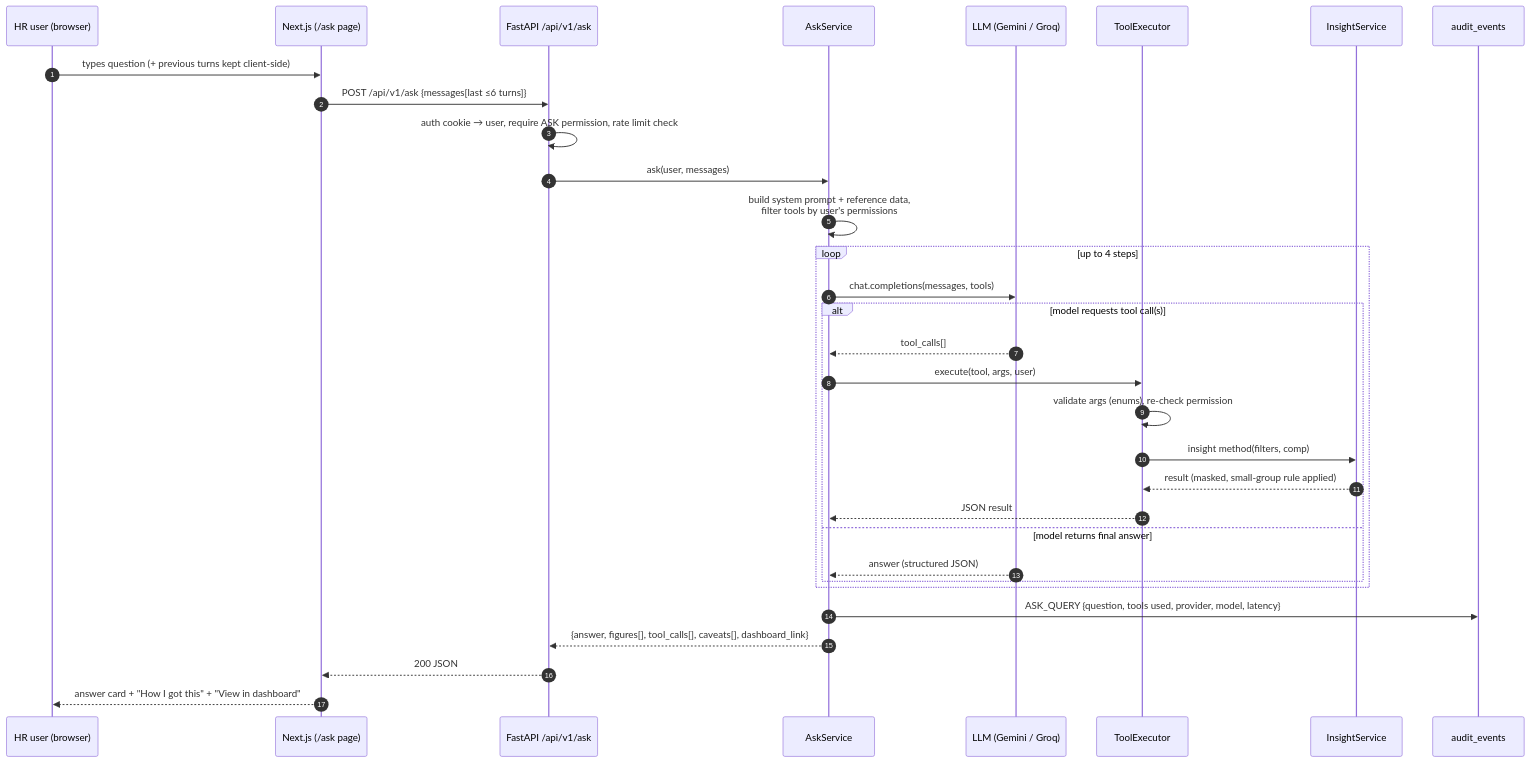
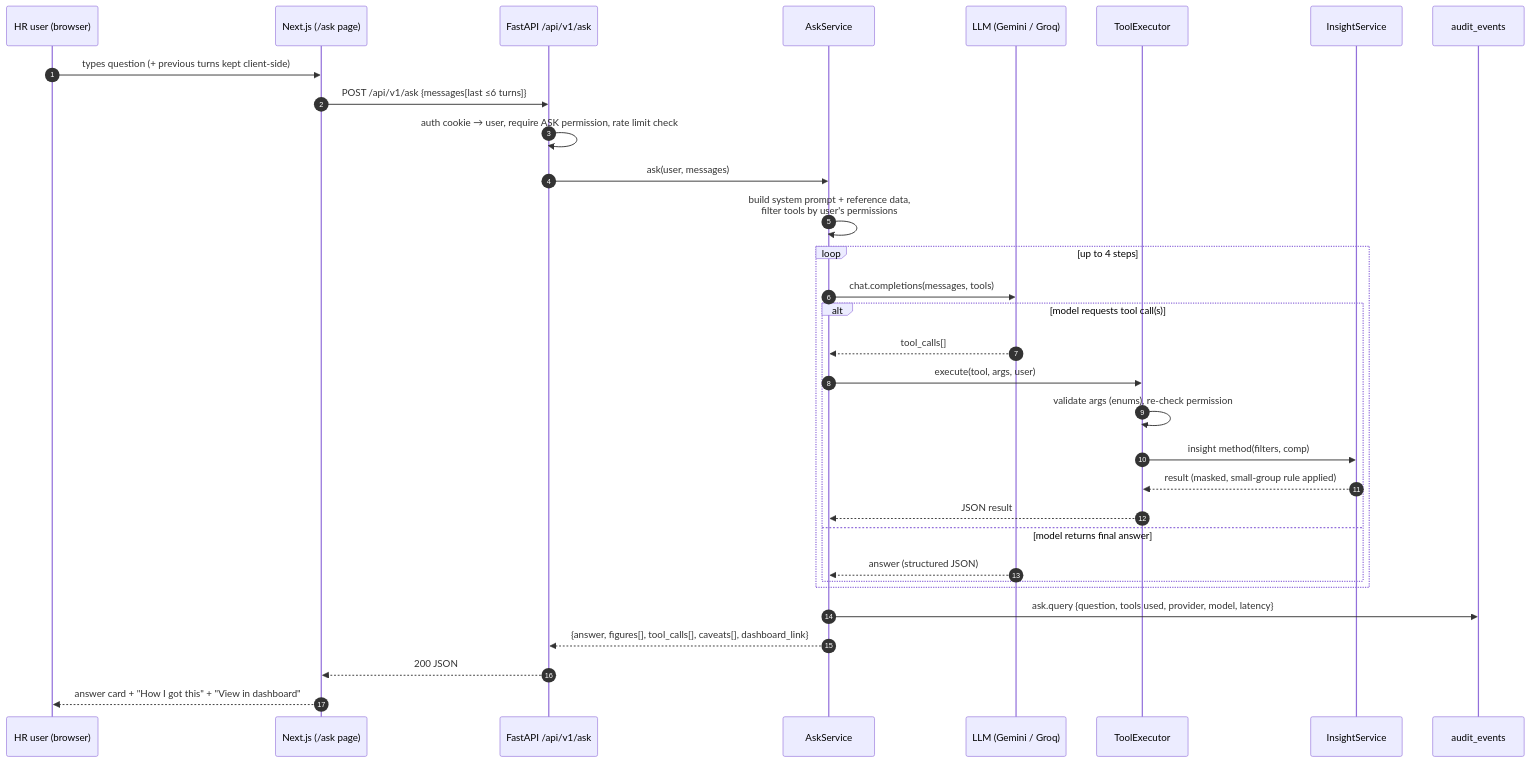
Before and after one commit to Mugunthanbvn/salary-management: the diagram in docs/10-ai-ask-design.md, drawn with Mermaid. The commit also changed other lines of this file and 26 other files, not shown here.

````diff
--- a/docs/10-ai-ask-design.md
+++ b/docs/10-ai-ask-design.md
@@ -70,35 +70,35 @@
 ```mermaid
 sequenceDiagram
     autonumber
     participant U as HR user (browser)
     participant W as Next.js (/ask page)
     participant A as FastAPI /api/v1/ask
     participant S as AskService
     participant L as LLM (Gemini / Groq)
     participant X as ToolExecutor
     participant I as InsightService
     participant D as audit_events
 
     U->>W: types question (+ previous turns kept client-side)
     W->>A: POST /api/v1/ask {messages[last ≤6 turns]}
     A->>A: auth cookie → user, require ASK permission, rate limit check
     A->>S: ask(user, messages)
     S->>S: build system prompt + reference data,<br/>filter tools by user's permissions
     loop up to 4 steps
         S->>L: chat.completions(messages, tools)
         alt model requests tool call(s)
             L-->>S: tool_calls[]
             S->>X: execute(tool, args, user)
             X->>X: validate args (enums), re-check permission
             X->>I: insight method(filters, comp)
             I-->>X: result (masked, small-group rule applied)
             X-->>S: JSON result
         else model returns final answer
             L-->>S: answer (structured JSON)
         end
     end
-    S->>D: ASK_QUERY {question, tools used, provider, model, latency}
+    S->>D: ask.query {question, tools used, provider, model, latency}
     S-->>A: {answer, figures[], tool_calls[], caveats[], dashboard_link}
     A-->>W: 200 JSON
     W-->>U: answer card + "How I got this" + "View in dashboard"
 ```
````
